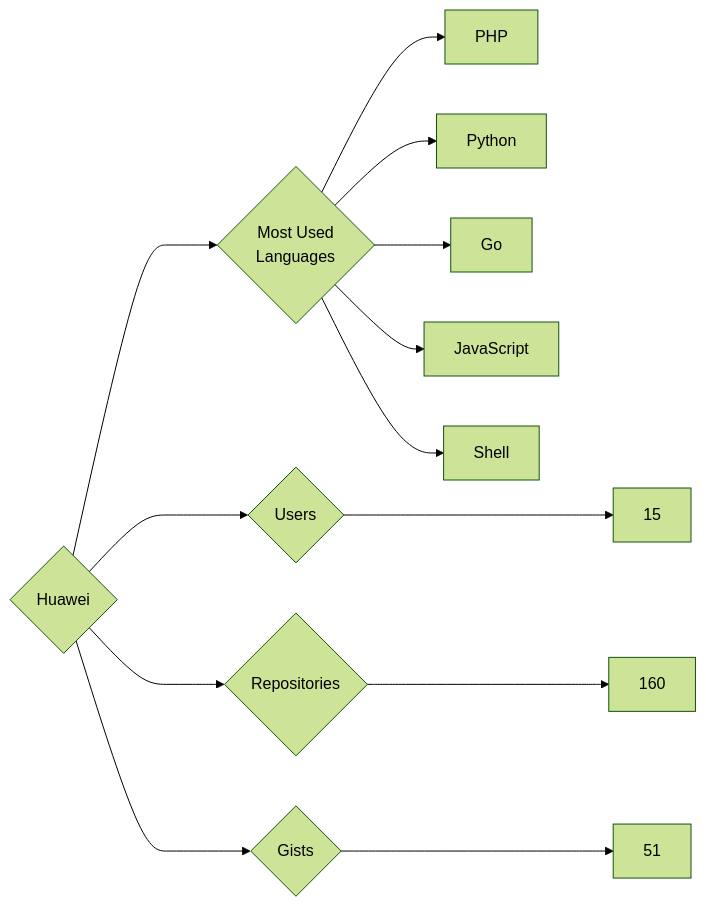
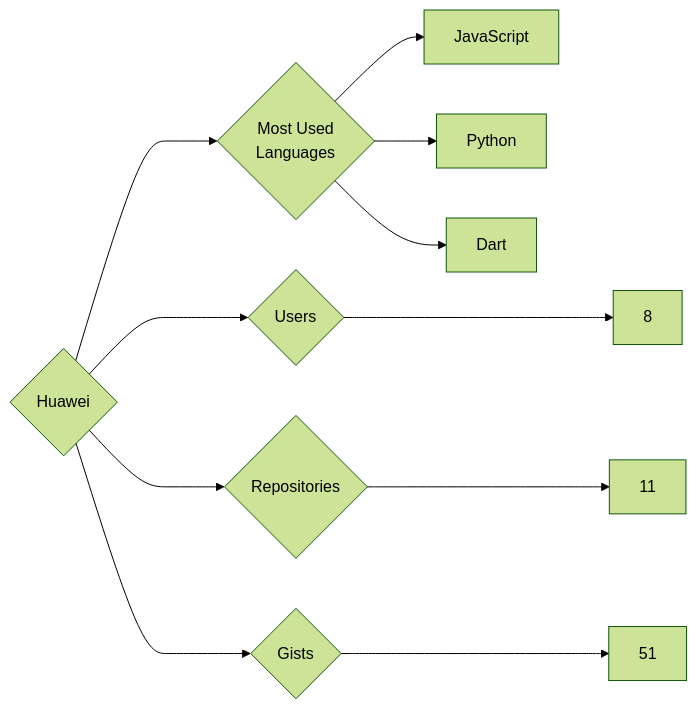
The diagram in targets/Huawei/README.md (trickest/insiders), drawn with Mermaid (forest theme) before and after one commit. The commit also changed 1084 other files, not shown here.

````diff
--- a/targets/Huawei/README.md
+++ b/targets/Huawei/README.md
@@ -3,13 +3,11 @@
 ```mermaid
 graph LR
 COMPANY_NAME{Huawei}
-COMPANY_NAME ---> U{Users} ---> UN[15]
-COMPANY_NAME ---> R{Repositories} ---> RN[160]
+COMPANY_NAME ---> U{Users} ---> UN[8]
+COMPANY_NAME ---> R{Repositories} ---> RN[11]
 COMPANY_NAME ---> G{Gists} ---> GN[51]
 COMPANY_NAME ---> ML{Most Used<br>Languages}
-ML --> PHP[PHP]
+ML --> JavaScript[JavaScript]
 ML --> Python[Python]
-ML --> Go[Go]
-ML --> JavaScript[JavaScript]
-ML --> Shell[Shell]
+ML --> Dart[Dart]
 ```
````
